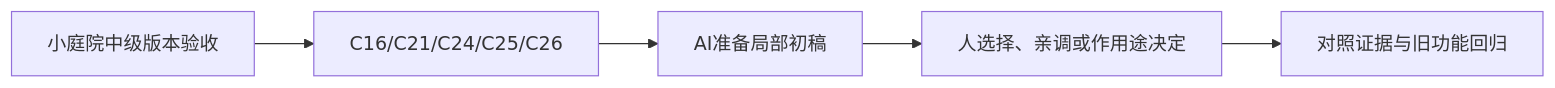
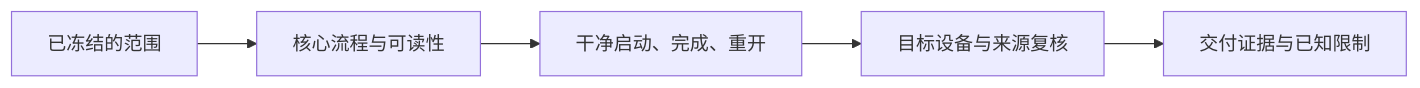
Before and after one commit to Zilur/ai-3d-game-learning: the diagram in curriculum/lessons/I12.md, drawn with Mermaid. The commit also changed other lines of this file and 164 other files, not shown here.

Commit message:
docs: publish 47 step-by-step AI lesson flows, world upgrade and optional training corner

````diff
--- a/curriculum/lessons/I12.md
+++ b/curriculum/lessons/I12.md
@@ -38,7 +39,7 @@
 ```mermaid
 flowchart LR
-  S["小庭院中级版本验收"] --> K["C16/C21/C24/C25/C26"]
-  K --> AI["AI准备局部初稿"]
-  AI --> H["人选择、亲调或作用途决定"]
-  H --> V["对照证据与旧功能回归"]
+ S["已冻结的范围"] --> C["核心流程与可读性"]
+ C --> T["干净启动、完成、重开"]
+ T --> P["目标设备与来源复核"]
+ P --> V["交付证据与已知限制"]
 ```
````
